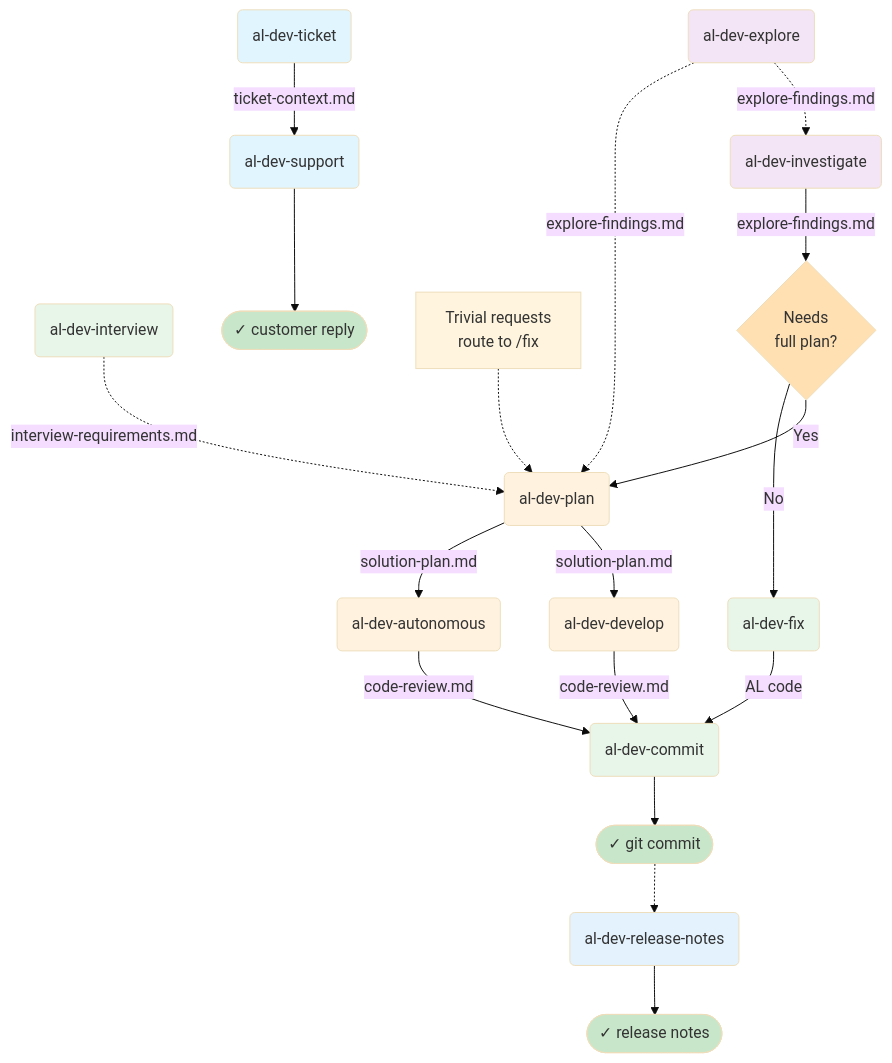
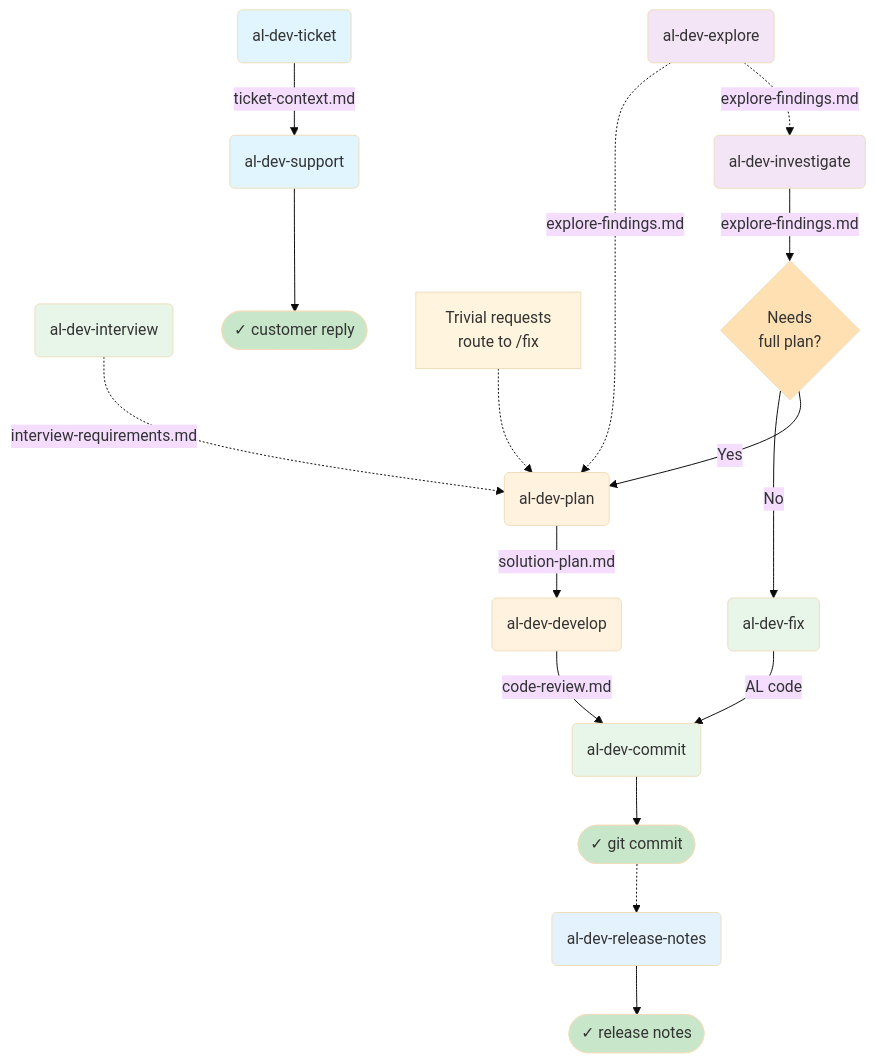
One commit to russell-laing/al-dev-shared changed the first of 18 diagrams in docs/al-dev-plugin-map.md. Above: the diagram before and after it, drawn with Mermaid (base theme). The commit also changed other lines of this file and 3 other files, not shown here.

First line of the commit message:
feat(develop): merge al-dev-autonomous into al-dev-develop via --autonomous flag

````diff
--- a/docs/al-dev-plugin-map.md
+++ b/docs/al-dev-plugin-map.md
@@ -14,48 +14,45 @@
 ```mermaid
 flowchart TD
     %% Pre-planning tributaries (optional)
     Explore("al-dev-explore") -.->|explore-findings.md| Investigate
     Explore -.->|explore-findings.md| Plan
     Interview("al-dev-interview") -.->|interview-requirements.md| Plan
 
     %% Entry points
     Ticket("al-dev-ticket") -->|ticket-context.md| Support("al-dev-support")
     Investigate("al-dev-investigate")
     FixDirect("al-dev-fix") -->|AL code| Commit("al-dev-commit")
 
     %% Investigation path branches
     Investigate -->|explore-findings.md| Decision1{Needs<br/>full plan?}
     Decision1 -->|Yes| Plan("al-dev-plan")
     Decision1 -->|No| FixDirect
 
     %% Main development spine
     Plan -->|solution-plan.md| Develop("al-dev-develop")
-    Plan -->|solution-plan.md| Autonomous("al-dev-autonomous")
     Develop -->|code-review.md| Commit
-    Autonomous -->|code-review.md| Commit
 
     %% Complexity gate within plan
     Note["Trivial requests<br/>route to /fix"] -.-> Plan
 
     %% Outputs
     Commit --> Git(["✓ git commit"])
     Git -.-> ReleaseNotes("al-dev-release-notes")
     ReleaseNotes --> Notes(["✓ release notes"])
     Support --> Reply(["✓ customer reply"])
 
     style Ticket fill:#e1f5ff
     style Support fill:#e1f5ff
     style Investigate fill:#f3e5f5
     style Explore fill:#f3e5f5
     style Interview fill:#e8f5e9
     style Plan fill:#fff3e0
     style Develop fill:#fff3e0
-    style Autonomous fill:#fff3e0
     style FixDirect fill:#e8f5e9
     style Commit fill:#e8f5e9
     style Git fill:#c8e6c9
     style Notes fill:#c8e6c9
     style Reply fill:#c8e6c9
     style ReleaseNotes fill:#e3f2fd
     style Decision1 fill:#ffe0b2
 ```
````
